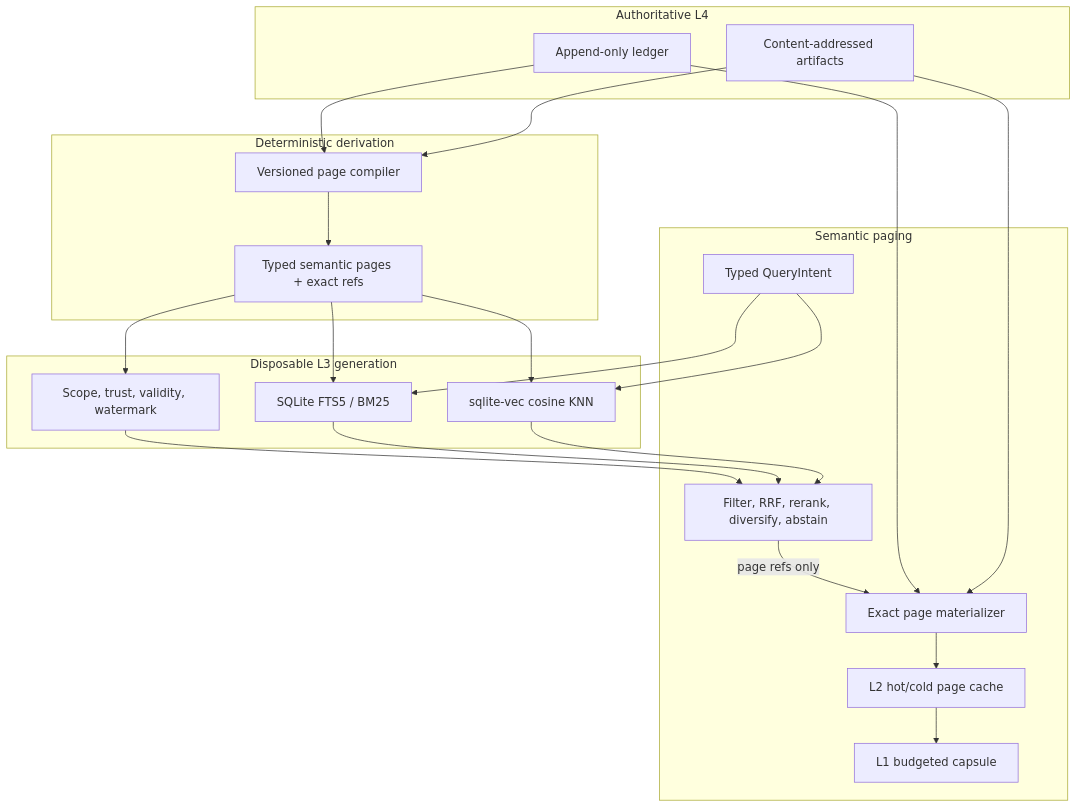
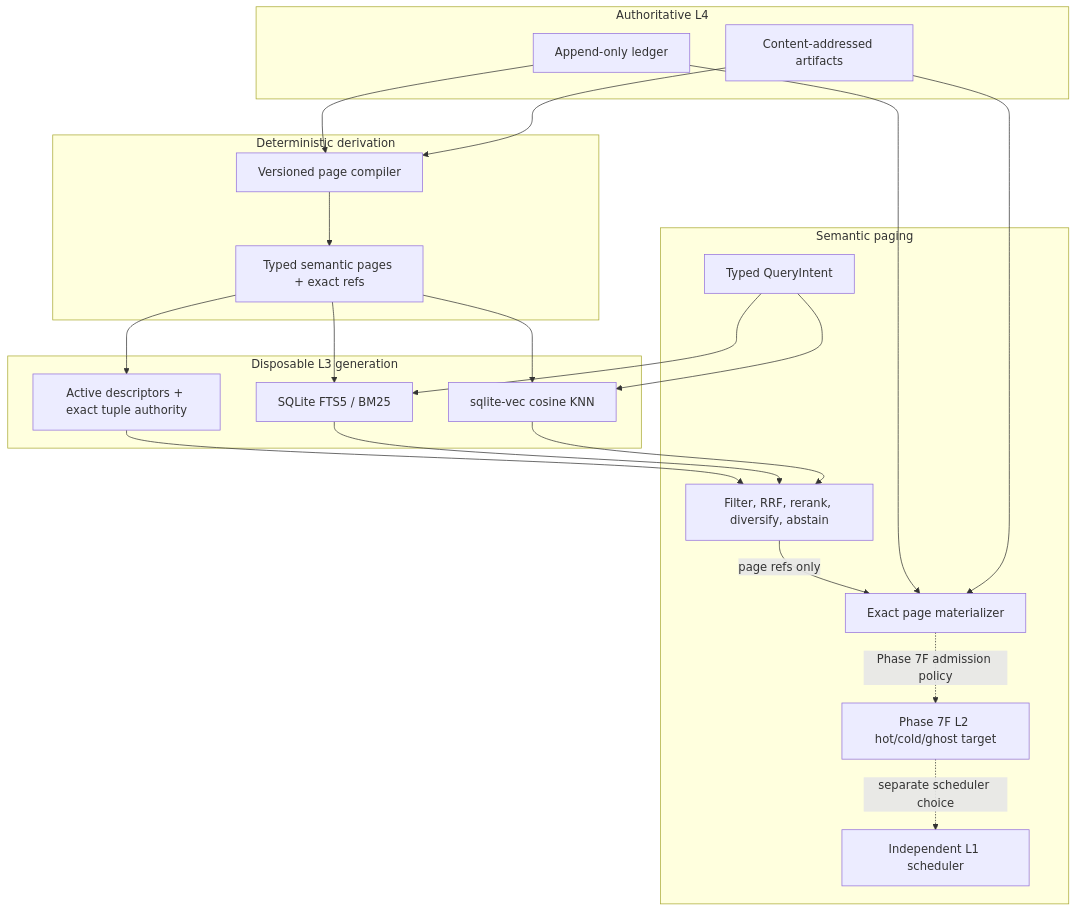
Before and after one commit to rexbrahh/WSMS: the sixth of 10 diagrams in docs/architecture.md, drawn with Mermaid. The commit also changed other lines of this file and 4 other files, not shown here.

````diff
--- a/docs/architecture.md
+++ b/docs/architecture.md
@@ -482,43 +497,43 @@
 ```mermaid
 flowchart TB
     subgraph Truth["Authoritative L4"]
         LED["Append-only ledger"]
         ART["Content-addressed artifacts"]
     end
 
     subgraph Derivation["Deterministic derivation"]
         PC["Versioned page compiler"]
         PG["Typed semantic pages + exact refs"]
     end
 
     subgraph Index["Disposable L3 generation"]
         FTS["SQLite FTS5 / BM25"]
         VEC["sqlite-vec cosine KNN"]
-        META["Scope, trust, validity, watermark"]
+        META["Active descriptors + exact tuple authority"]
     end
 
     subgraph Paging["Semantic paging"]
         Q["Typed QueryIntent"]
         RET["Filter, RRF, rerank, diversify, abstain"]
         MAT["Exact page materializer"]
-        L2["L2 hot/cold page cache"]
-        L1["L1 budgeted capsule"]
+        L2["Phase 7F L2 hot/cold/ghost target"]
+        L1["Independent L1 scheduler"]
     end
 
     LED --> PC
     ART --> PC
     PC --> PG
     PG --> FTS
     PG --> VEC
     PG --> META
     Q --> FTS
     Q --> VEC
     META --> RET
     FTS --> RET
     VEC --> RET
     RET -->|"page refs only"| MAT
     LED --> MAT
     ART --> MAT
-    MAT --> L2
-    L2 --> L1
+    MAT -.->|"Phase 7F admission policy"| L2
+    L2 -.->|"separate scheduler choice"| L1
 ```
````
